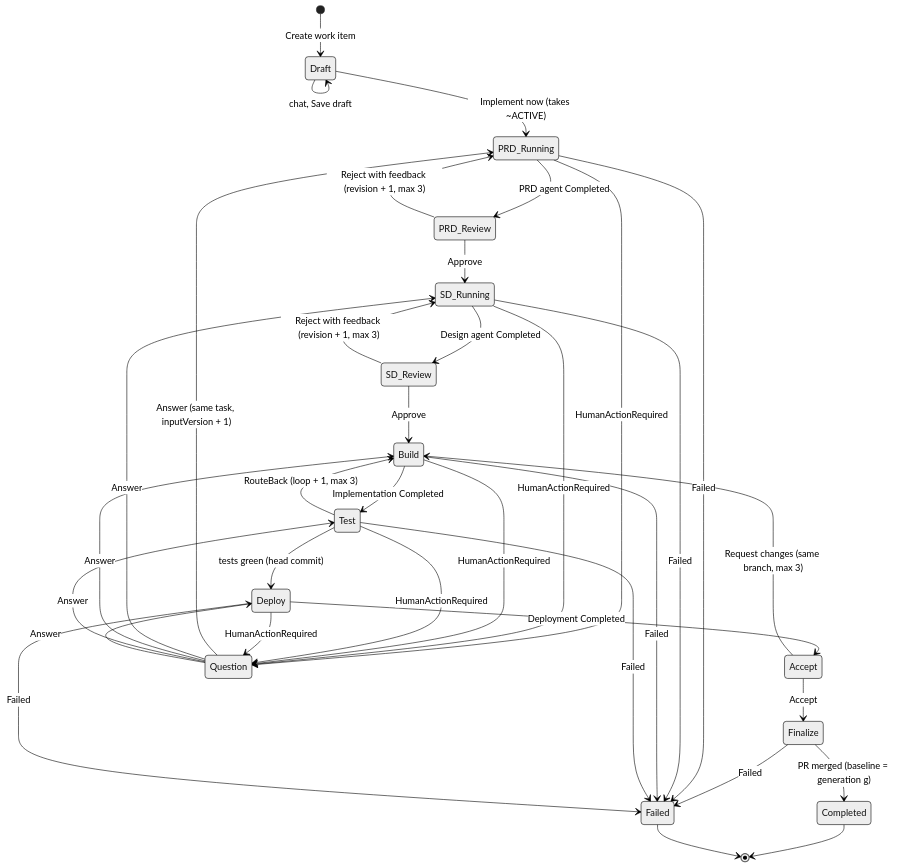
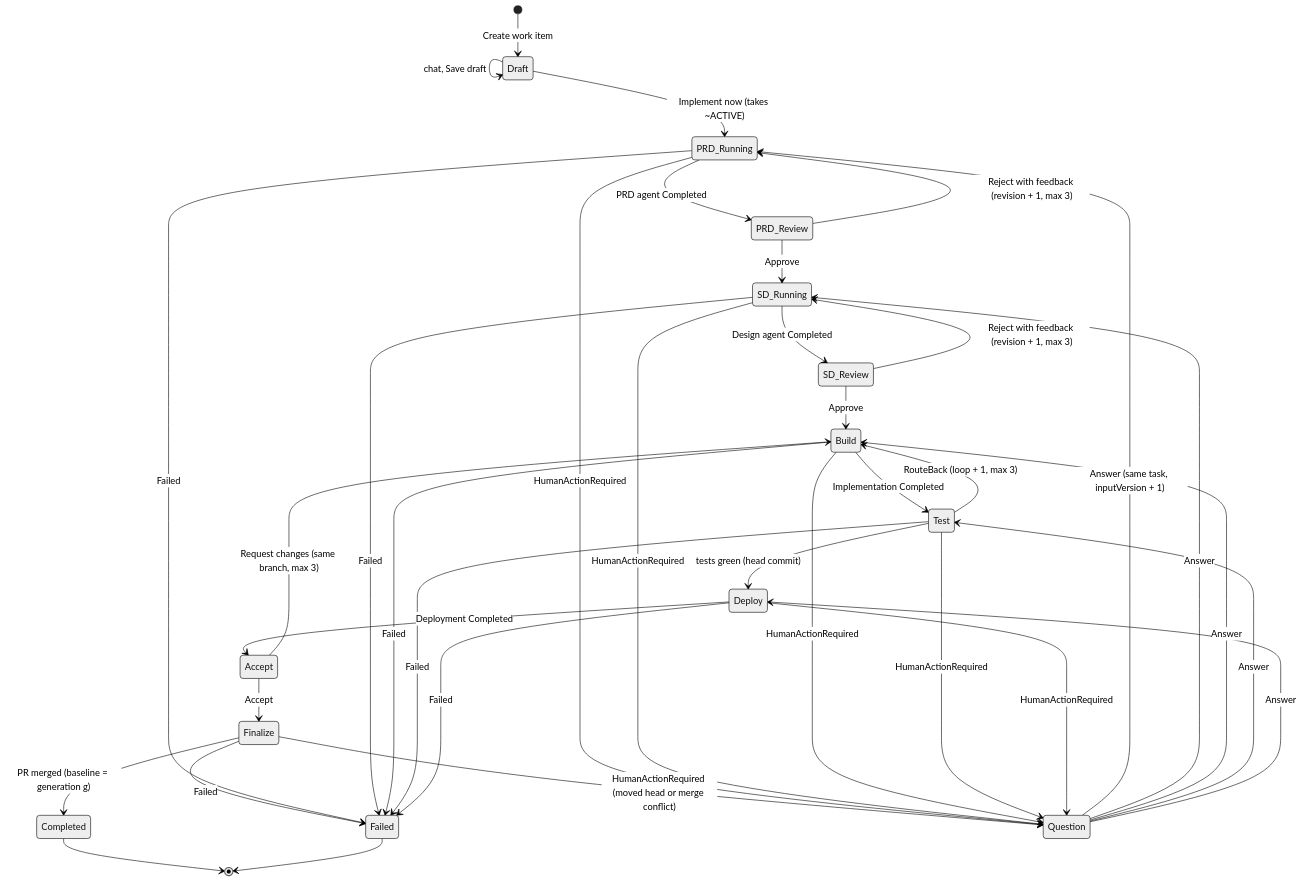
Before and after one commit to badrusiddique/agent-sdlc: the third of 19 diagrams in docs/OCT 7, 2026/phase-0-implementation-guide.md, drawn with Mermaid (neutral theme). The commit also changed other lines of this file and 1 other file, not shown here.

````diff
--- a/docs/OCT 7, 2026/phase-0-implementation-guide.md
+++ b/docs/OCT 7, 2026/phase-0-implementation-guide.md
@@ -534,37 +536,38 @@
 ```mermaid
 stateDiagram-v2
     [*] --> Draft: Create work item
     Draft --> Draft: chat, Save draft
     Draft --> PRD_Running: Implement now (takes ~ACTIVE)
     PRD_Running --> PRD_Review: PRD agent Completed
     PRD_Review --> PRD_Running: Reject with feedback (revision + 1, max 3)
     PRD_Review --> SD_Running: Approve
     SD_Running --> SD_Review: Design agent Completed
     SD_Review --> SD_Running: Reject with feedback (revision + 1, max 3)
     SD_Review --> Build: Approve
     Build --> Test: Implementation Completed
     Test --> Build: RouteBack (loop + 1, max 3)
     Test --> Deploy: tests green (head commit)
     Deploy --> Accept: Deployment Completed
     Accept --> Build: Request changes (same branch, max 3)
     Accept --> Finalize: Accept
     Finalize --> Completed: PR merged (baseline = generation g)
     Finalize --> Failed: Failed
+    Finalize --> Question: HumanActionRequired (moved head or merge conflict)
     PRD_Running --> Question: HumanActionRequired
     SD_Running --> Question: HumanActionRequired
     Build --> Question: HumanActionRequired
     Test --> Question: HumanActionRequired
     Deploy --> Question: HumanActionRequired
     Question --> PRD_Running: Answer (same task, inputVersion + 1)
     Question --> SD_Running: Answer
     Question --> Build: Answer
     Question --> Test: Answer
     Question --> Deploy: Answer
     PRD_Running --> Failed: Failed
     SD_Running --> Failed: Failed
     Build --> Failed: Failed
     Test --> Failed: Failed
     Deploy --> Failed: Failed
     Completed --> [*]
     Failed --> [*]
 ```
````
